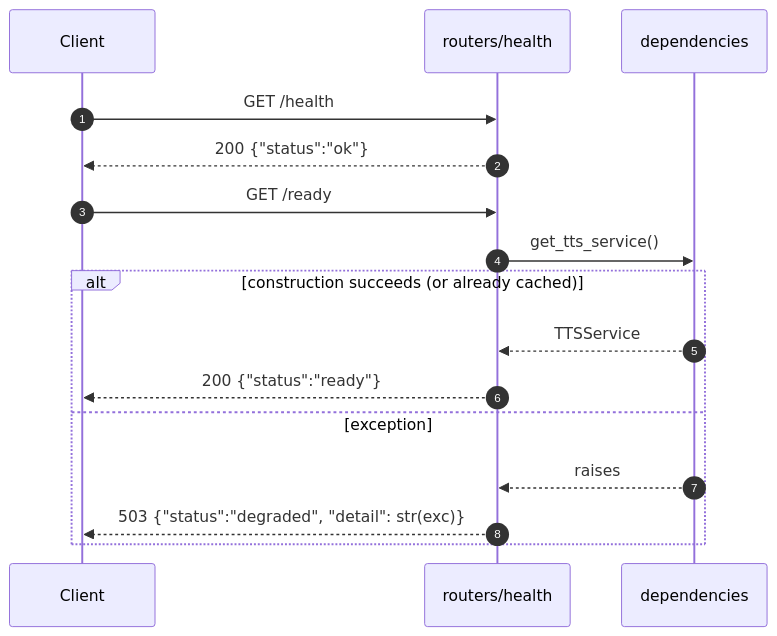
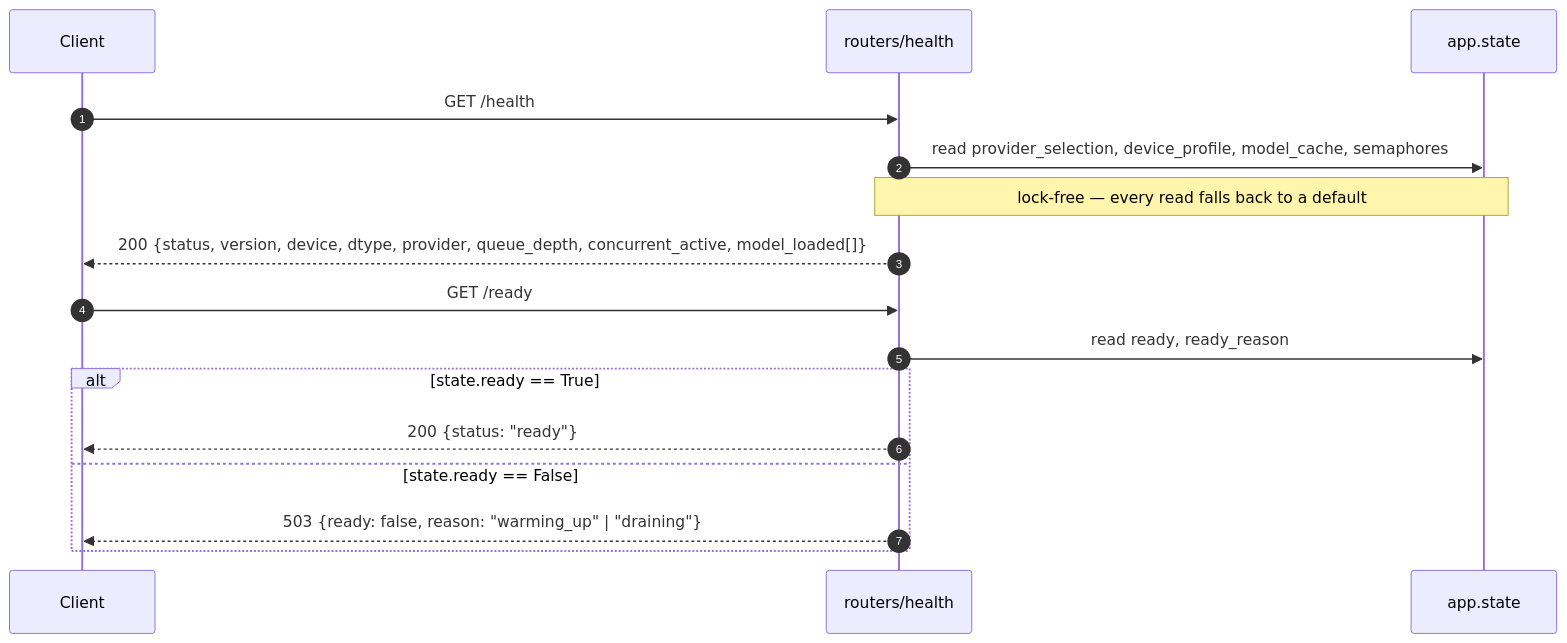
One commit to Antonio-Rinaldi/llm-tts-api changed the diagram in docs/diagrams/sequence/health-and-ready.md. Above: the diagram before and after it, drawn with Mermaid. The commit also changed other lines of this file and 12 other files, not shown here.

Commit message:
docs: S-019 refresh README + diagrams + OpenAPI + inventory test

````diff
--- a/docs/diagrams/sequence/health-and-ready.md
+++ b/docs/diagrams/sequence/health-and-ready.md
@@ -15,20 +18,20 @@
 ```mermaid
 sequenceDiagram
     autonumber
     participant Client
-    participant Router as routers/health
-    participant DI as dependencies
+    participant H as routers/health
+    participant State as app.state
 
-    Client->>Router: GET /health
-    Router-->>Client: 200 {"status":"ok"}
+    Client->>H: GET /health
+    H->>State: read provider_selection, device_profile, model_cache, semaphores
+    Note over H,State: lock-free — every read falls back to a default
+    H-->>Client: 200 {status, version, device, dtype, provider, queue_depth, concurrent_active, model_loaded[]}
 
-    Client->>Router: GET /ready
-    Router->>DI: get_tts_service()
-    alt construction succeeds (or already cached)
-        DI-->>Router: TTSService
-        Router-->>Client: 200 {"status":"ready"}
-    else exception
-        DI-->>Router: raises
-        Router-->>Client: 503 {"status":"degraded", "detail": str(exc)}
+    Client->>H: GET /ready
+    H->>State: read ready, ready_reason
+    alt state.ready == True
+        H-->>Client: 200 {status: "ready"}
+    else state.ready == False
+        H-->>Client: 503 {ready: false, reason: "warming_up" | "draining"}
     end
 ```
````
